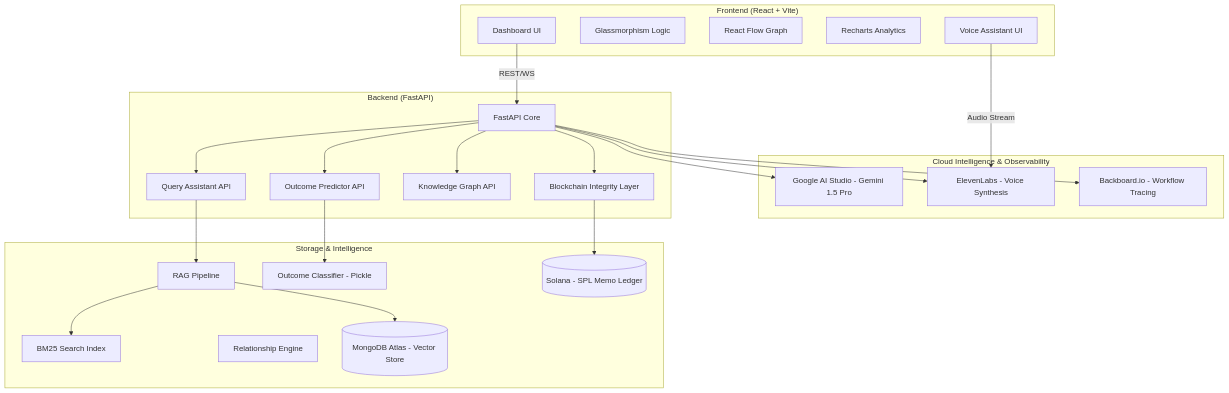
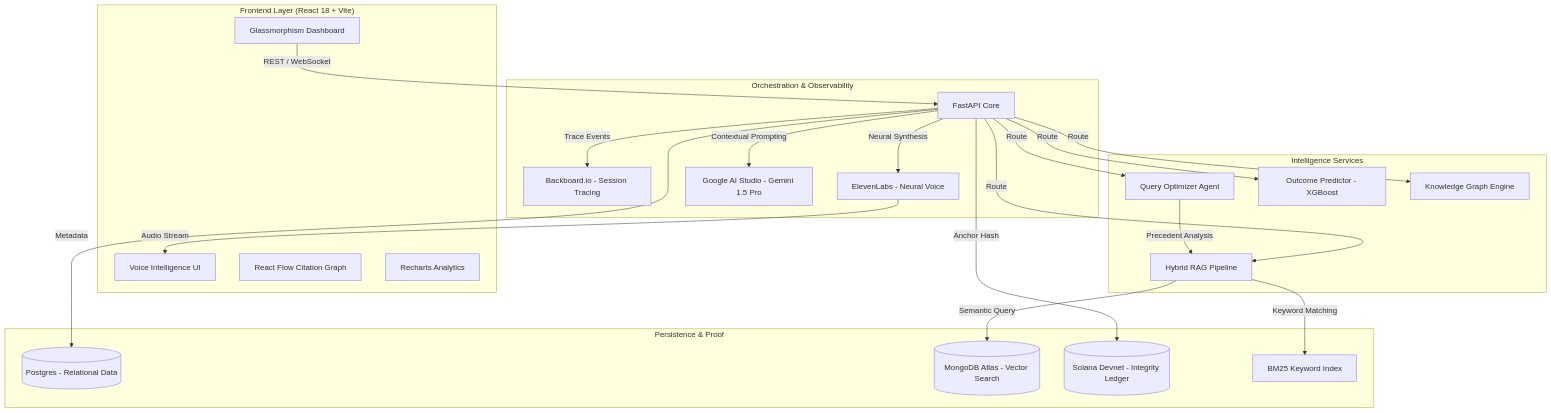
Before and after one commit to MohitSahoo/RTI_Lens: the diagram in README.md, drawn with Mermaid. The commit also changed other lines of this file, not shown here.

Commit message:
docs: Refined architecture diagram and expanded RAG/Query documentation

````diff
--- a/README.md
+++ b/README.md
@@ -9,45 +9,47 @@
 ```mermaid
 graph TD
-    subgraph "Frontend (React + Vite)"
-        UI[Dashboard UI]
-        GL[Glassmorphism Logic]
-        RF[React Flow Graph]
+    subgraph "Frontend Layer (React 18 + Vite)"
+        UI[Glassmorphism Dashboard]
+        VA[Voice Intelligence UI]
+        RF[React Flow Citation Graph]
         RC[Recharts Analytics]
-        VA[Voice Assistant UI]
     end
 
-    subgraph "Cloud Intelligence & Observability"
+    subgraph "Orchestration & Observability"
+        BE[FastAPI Core]
+        BB[Backboard.io - Session Tracing]
+        EL[ElevenLabs - Neural Voice]
         GAI[Google AI Studio - Gemini 1.5 Pro]
-        EL[ElevenLabs - Voice Synthesis]
-        BB[Backboard.io - Workflow Tracing]
     end
 
-    subgraph "Backend (FastAPI)"
-        BE[FastAPI Core]
-        API_Q[Query Assistant API]
-        API_P[Outcome Predictor API]
-        API_G[Knowledge Graph API]
-        BC[Blockchain Integrity Layer]
+    subgraph "Intelligence Services"
+        RAG[Hybrid RAG Pipeline]
+        OPT[Query Optimizer Agent]
+        ML[Outcome Predictor - XGBoost]
+        KG[Knowledge Graph Engine]
     end
 
-    subgraph "Storage & Intelligence"
-        RAG[RAG Pipeline]
-        ML[Outcome Classifier - Pickle]
-        BM25[BM25 Search Index]
-        KG[Relationship Engine]
-        MDB[(MongoDB Atlas - Vector Store)]
-        SOL[(Solana - SPL Memo Ledger)]
+    subgraph "Persistence & Proof"
+        PG[(Postgres - Relational Data)]
+        MDB[(MongoDB Atlas - Vector Search)]
+        SOL[(Solana Devnet - Integrity Ledger)]
+        BM25[BM25 Keyword Index]
     end
 
-    UI -- REST/WS --> BE
-    BE --> GAI & EL & BB
-    BE --> API_Q & API_P & API_G & BC
+    %% Interactions
+    UI -- "REST / WebSocket" --> BE
+    BE -- "Trace Events" --> BB
+    BE -- "Contextual Prompting" --> GAI
+    BE -- "Neural Synthesis" --> EL
+    EL -- "Audio Stream" --> VA
+
+    BE -- "Route" --> RAG & OPT & ML & KG
     
-    API_Q --> RAG
-    RAG --> BM25 & MDB
+    RAG -- "Semantic Query" --> MDB
+    RAG -- "Keyword Matching" --> BM25
     
-    API_P --> ML
-    BC --> SOL
+    OPT -- "Precedent Analysis" --> RAG
     
-    VA -- Audio Stream --> EL
+    BE -- "Anchor Hash" --> SOL
+    BE -- "Metadata" --> PG
 ```
````
